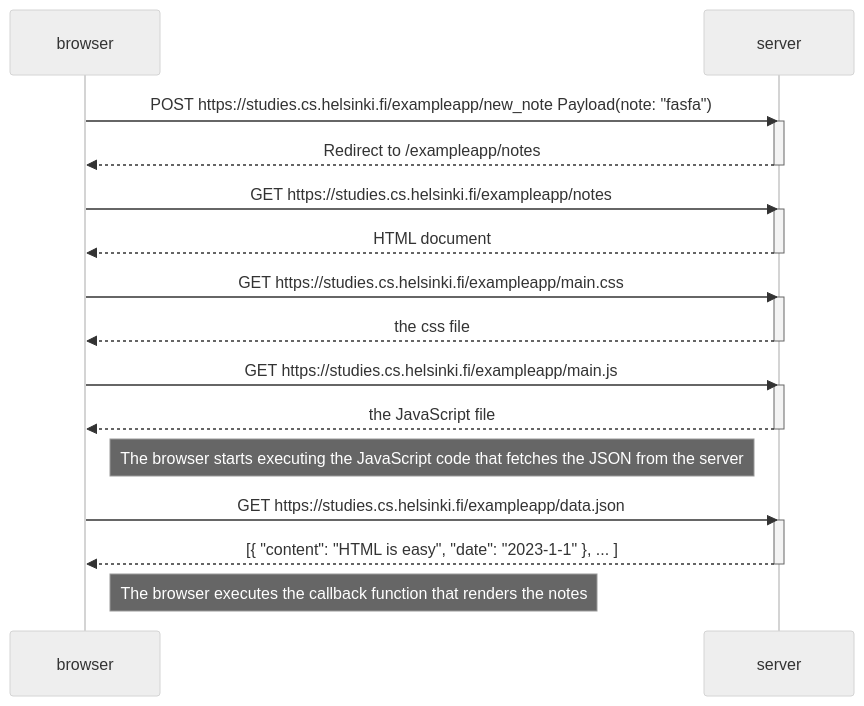
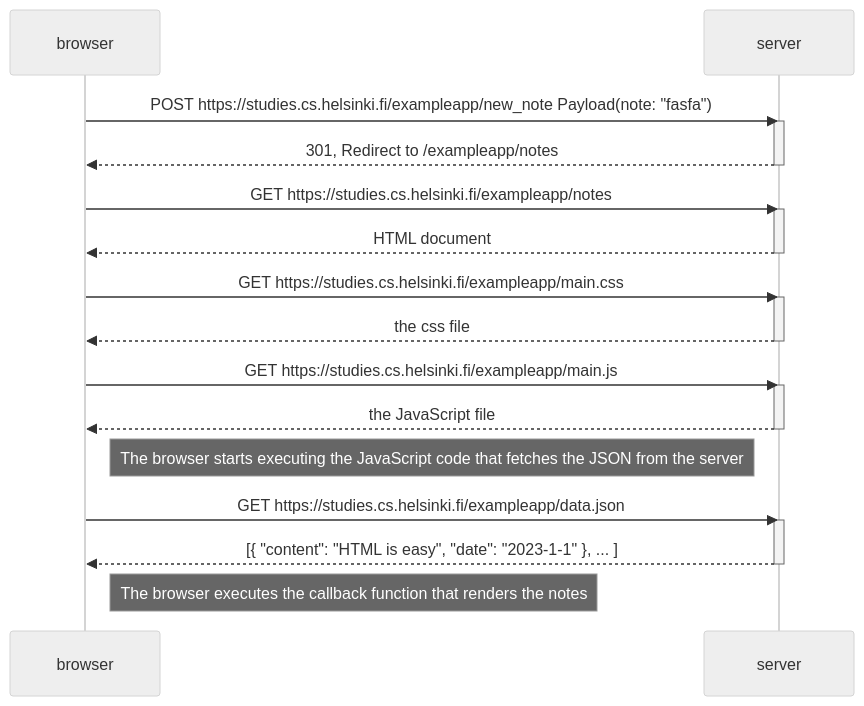
Before and after one commit to MillanCV/fullstackopen_mooc: the diagram in part_0/exercises/0_4.md, drawn with Mermaid (neutral theme). The commit also changed 2 other files, not shown here.

Commit message:
complete part0 exercises

````diff
--- a/part_0/exercises/0_4.md
+++ b/part_0/exercises/0_4.md
@@ -2,36 +2,36 @@
 ```mermaid
 sequenceDiagram
     participant browser
     participant server
 
     browser->>server: POST https://studies.cs.helsinki.fi/exampleapp/new_note Payload(note: "fasfa")
     activate server
-    server-->>browser: Redirect to /exampleapp/notes
+    server-->>browser: 301, Redirect to /exampleapp/notes
 
 
     deactivate server
 
     browser->>server: GET https://studies.cs.helsinki.fi/exampleapp/notes
     activate server
     server-->>browser: HTML document
     deactivate server
 
     browser->>server: GET https://studies.cs.helsinki.fi/exampleapp/main.css
     activate server
     server-->>browser: the css file
     deactivate server
 
     browser->>server: GET https://studies.cs.helsinki.fi/exampleapp/main.js
     activate server
     server-->>browser: the JavaScript file
     deactivate server
 
     Note right of browser: The browser starts executing the JavaScript code that fetches the JSON from the server
 
     browser->>server: GET https://studies.cs.helsinki.fi/exampleapp/data.json
     activate server
     server-->>browser: [{ "content": "HTML is easy", "date": "2023-1-1" }, ... ]
     deactivate server
 
     Note right of browser: The browser executes the callback function that renders the notes
 ```
````
